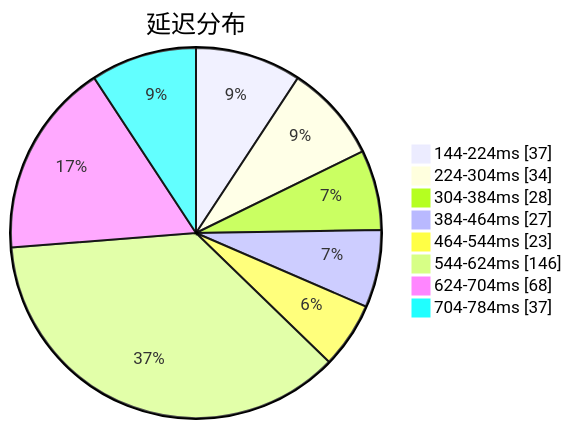
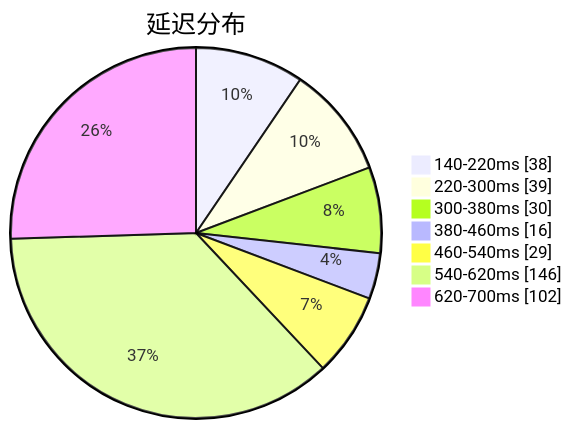
The first of 3 diagrams in subs/statistics/tested_within.md (qjlxg/airport), drawn with Mermaid before and after one commit. The commit also changed other lines of this file and 2 other files, not shown here.

Commit message:
Tested by metaST

````diff
--- a/subs/statistics/tested_within.md
+++ b/subs/statistics/tested_within.md
@@ -2,12 +2,11 @@
 ```mermaid
 pie showData
 title 延迟分布
-"144-224ms" : 37
-"224-304ms" : 34
-"304-384ms" : 28
-"384-464ms" : 27
-"464-544ms" : 23
-"544-624ms" : 146
-"624-704ms" : 68
-"704-784ms" : 37
+"140-220ms" : 38
+"220-300ms" : 39
+"300-380ms" : 30
+"380-460ms" : 16
+"460-540ms" : 29
+"540-620ms" : 146
+"620-700ms" : 102
 ```
````
